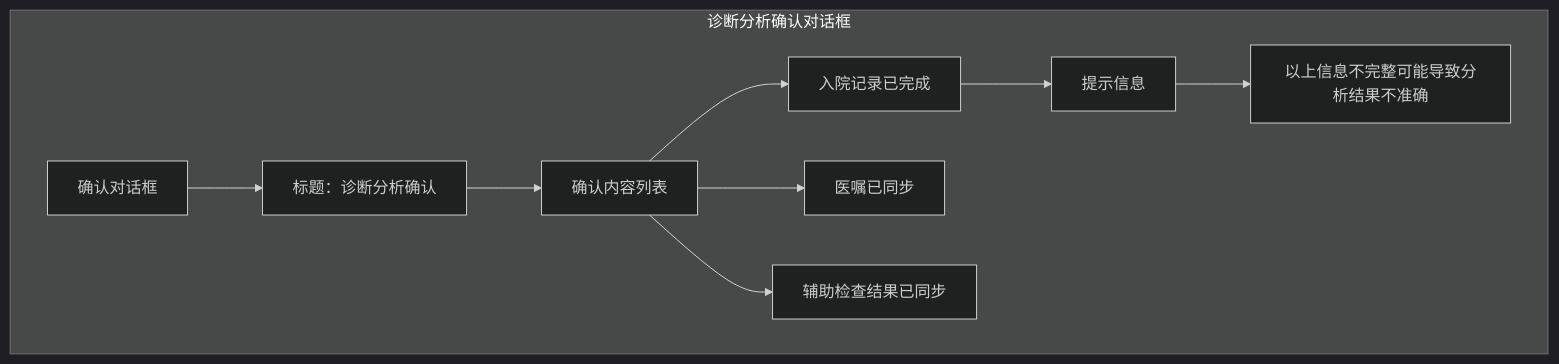
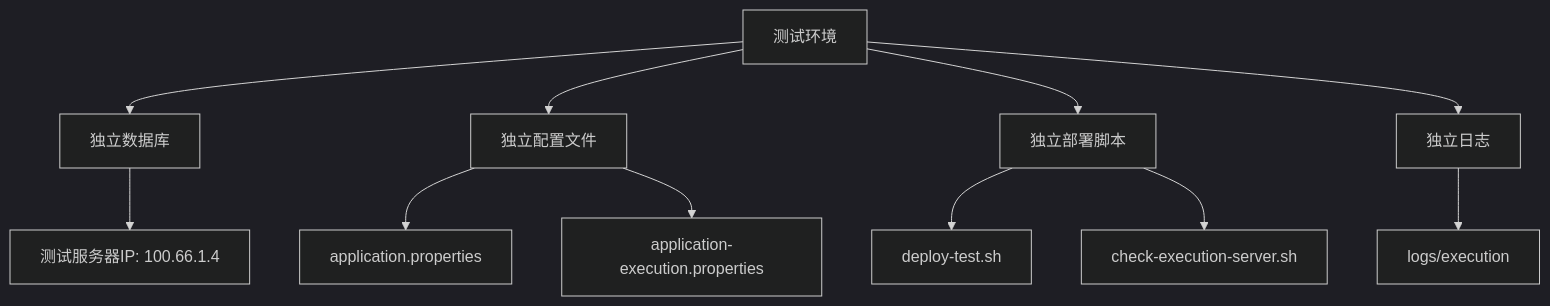
The eighth of 18 diagrams in .qoder/repowiki/zh/content/Update Summary/Update Summary.md (liuzh2008/med_ai_assistant_workspace), drawn with Mermaid (dark theme) before and after one commit. The commit also changed other lines of this file and 3 other files, not shown here.

````diff
--- a/.qoder/repowiki/zh/content/Update Summary/Update Summary.md
+++ b/.qoder/repowiki/zh/content/Update Summary/Update Summary.md
@@ -403,12 +465,13 @@
 ```mermaid
 graph TB
-subgraph "诊断分析确认对话框"
-A[确认对话框] --> B[标题：诊断分析确认]
-B --> C[确认内容列表]
-C --> D[入院记录已完成]
-C --> E[医嘱已同步]
-C --> F[辅助检查结果已同步]
-D --> G[提示信息]
-G --> H[以上信息不完整可能导致分析结果不准确]
-end
+A[测试环境] --> B[独立数据库]
+B --> C[测试服务器IP: 100.66.1.4]
+A --> D[独立配置文件]
+D --> E[application.properties]
+D --> F[application-execution.properties]
+A --> G[独立部署脚本]
+G --> H[deploy-test.sh]
+G --> I[check-execution-server.sh]
+A --> J[独立日志]
+J --> K[logs/execution]
 ```
````
